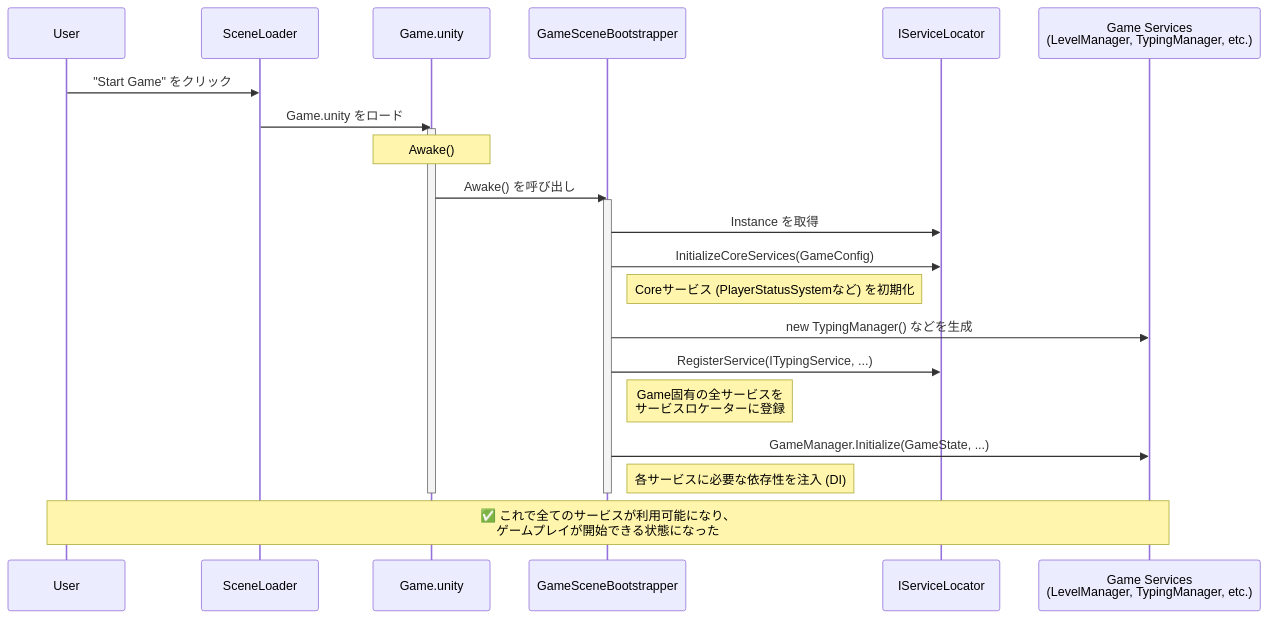
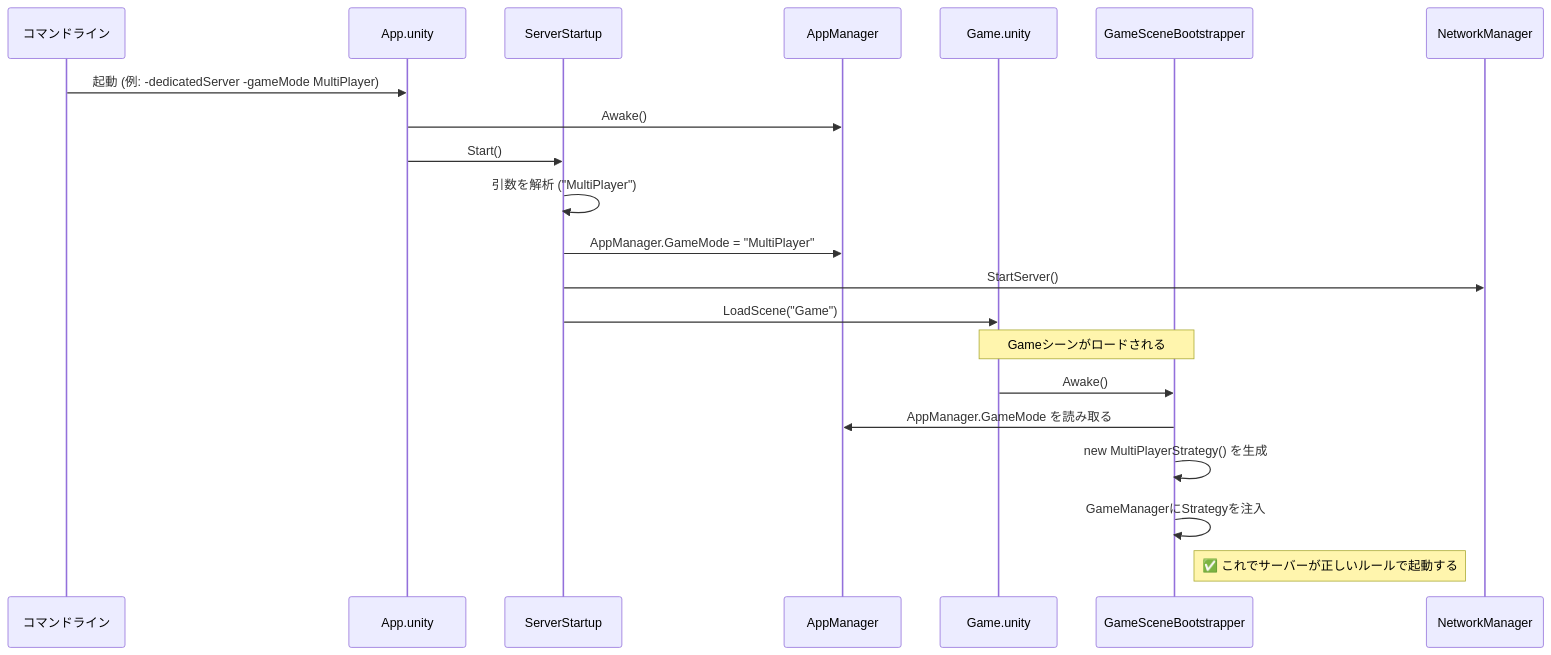
Before and after one commit to C4P3/TypingSurvivor: the second of 2 diagrams in Assets/_Project/Application-Lifecycle.md, drawn with Mermaid. The commit also changed other lines of this file and 10 other files, not shown here.

````diff
--- a/Assets/_Project/Application-Lifecycle.md
+++ b/Assets/_Project/Application-Lifecycle.md
@@ -35,32 +59,28 @@
 ```mermaid
 sequenceDiagram
-    participant User
-    participant SceneLoader
+    participant CommandLine as コマンドライン
+    participant AppScene as App.unity
+    participant ServerStartup
+    participant AppManager
     participant GameScene as Game.unity
-    participant Bootstrapper as GameSceneBootstrapper
-    participant AppManager as IServiceLocator
-    participant Services as Game Services<br>(LevelManager, TypingManager, etc.)
+    participant GameSceneBootstrapper
 
-    User->>SceneLoader: "Start Game" をクリック
-    SceneLoader->>GameScene: Game.unity をロード
+    CommandLine->>AppScene: 起動 (例: -dedicatedServer -gameMode MultiPlayer)
+    
+    AppScene->>AppManager: Awake()
+    AppScene->>ServerStartup: Start()
 
-    activate GameScene
-    note over GameScene: Awake()
-    GameScene->>Bootstrapper: Awake() を呼び出し
-    activate Bootstrapper
+    ServerStartup->>ServerStartup: 引数を解析 ("MultiPlayer")
+    ServerStartup->>AppManager: AppManager.GameMode = "MultiPlayer"
+    ServerStartup->>NetworkManager: StartServer()
+    ServerStartup->>GameScene: LoadScene("Game")
 
-    Bootstrapper->>AppManager: Instance を取得
-    Bootstrapper->>AppManager: InitializeCoreServices(GameConfig)
-    note right of Bootstrapper: Coreサービス (PlayerStatusSystemなど) を初期化
+    note over GameScene, GameSceneBootstrapper: Gameシーンがロードされる
 
-    Bootstrapper->>Services: new TypingManager() などを生成
-    Bootstrapper->>AppManager: RegisterService(ITypingService, ...)
-    note right of Bootstrapper: Game固有の全サービスを<br>サービスロケーターに登録
-
-    Bootstrapper->>Services: GameManager.Initialize(GameState, ...)
-    note right of Bootstrapper: 各サービスに必要な依存性を注入 (DI)
-
-    deactivate Bootstrapper
-    deactivate GameScene
-    note over User, Services: ✅ これで全てのサービスが利用可能になり、<br>ゲームプレイが開始できる状態になった
+    GameScene->>GameSceneBootstrapper: Awake()
+    GameSceneBootstrapper->>AppManager: AppManager.GameMode を読み取る
+    GameSceneBootstrapper->>GameSceneBootstrapper: new MultiPlayerStrategy() を生成
+    GameSceneBootstrapper->>GameSceneBootstrapper: GameManagerにStrategyを注入
+    
+    note right of GameSceneBootstrapper: ✅ これでサーバーが正しいルールで起動する
 ```
````
